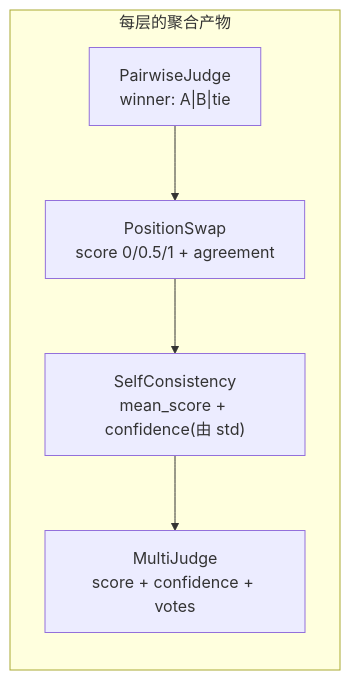
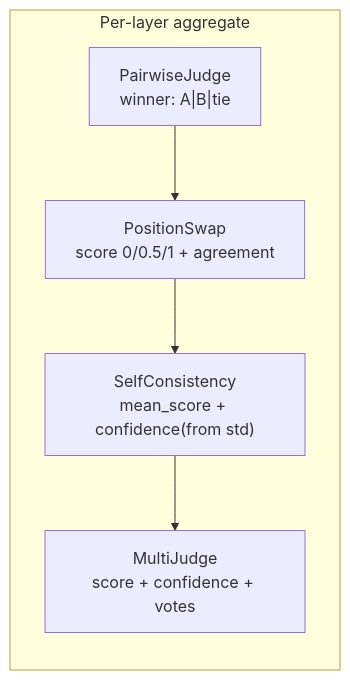
The second of 2 diagrams in docs/PHASE_6_PLAN.md (AndyUneducated/eval-gate), drawn with Mermaid before and after one commit. The commit also changed other lines of this file and 22 other files, not shown here.

````diff
--- a/docs/PHASE_6_PLAN.md
+++ b/docs/PHASE_6_PLAN.md
@@ -40,10 +40,10 @@
 ```mermaid
 flowchart LR
-  subgraph layer["每层的聚合产物"]
+  subgraph layer["Per-layer aggregate"]
     L1["PairwiseJudge<br/>winner: A|B|tie"]
     L2["PositionSwap<br/>score 0/0.5/1 + agreement"]
-    L3["SelfConsistency<br/>mean_score + confidence(由 std)"]
+    L3["SelfConsistency<br/>mean_score + confidence(from std)"]
     L4["MultiJudge<br/>score + confidence + votes"]
   end
   L1 --> L2 --> L3 --> L4
 ```
````
